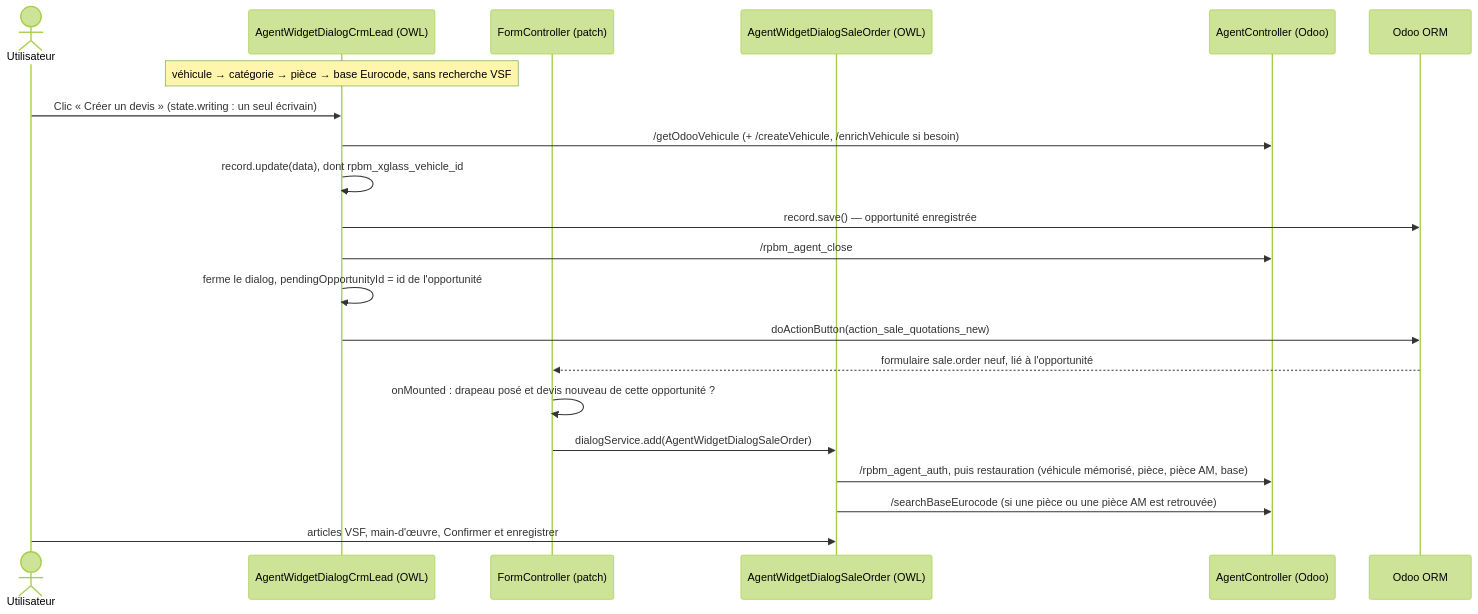
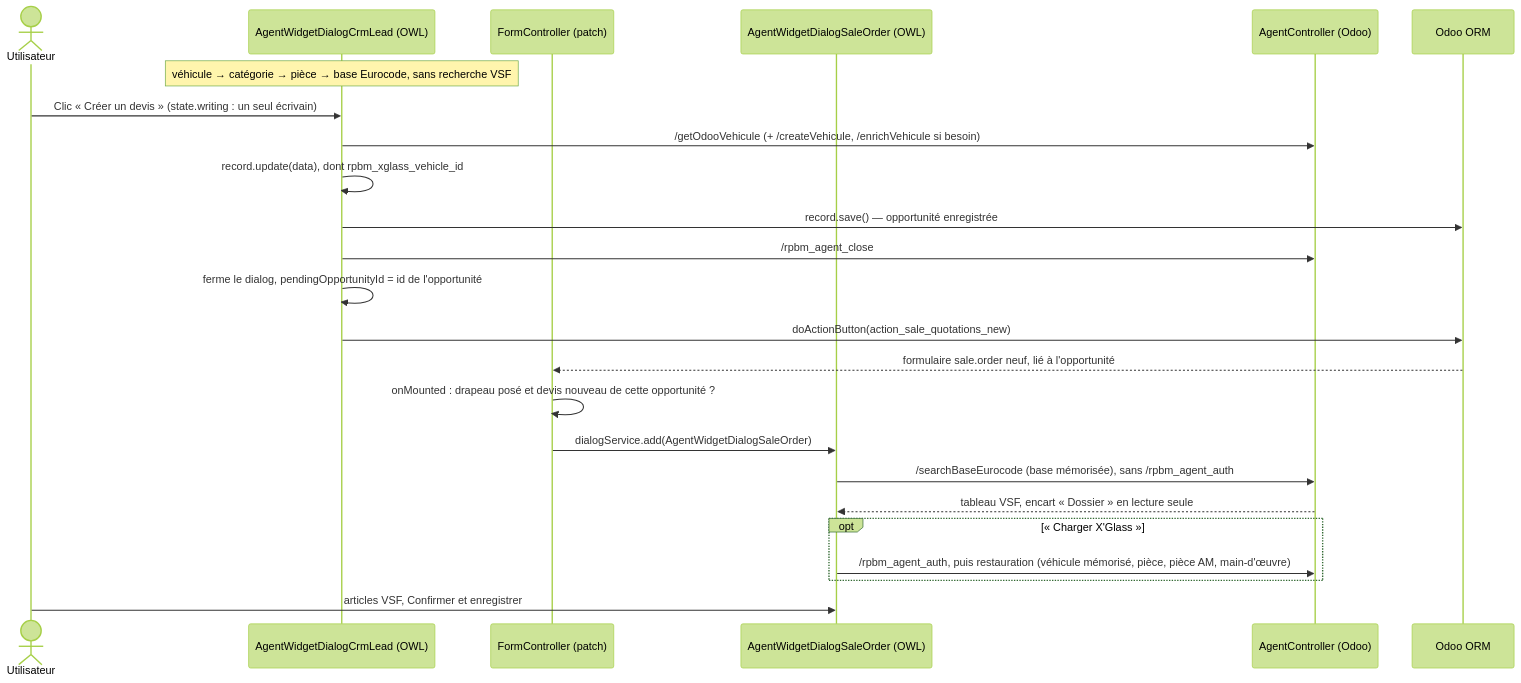
Before and after one commit to rpbmSdk/rpbm: the third of 3 diagrams in rpbm_agent/docs/technique/architecture.md, drawn with Mermaid (forest theme). The commit also changed other lines of this file and 15 other files, not shown here.

First line of the commit message:
docs(rpbm_agent): documenter le devis VSF d'abord et X'Glass a la demande (E2, 17.0.261006.2)

````diff
--- a/rpbm_agent/docs/technique/architecture.md
+++ b/rpbm_agent/docs/technique/architecture.md
@@ -124,24 +130,27 @@
 ```mermaid
 sequenceDiagram
     actor U as Utilisateur
     participant OPP as AgentWidgetDialogCrmLead (OWL)
     participant FC as FormController (patch)
     participant SO as AgentWidgetDialogSaleOrder (OWL)
     participant BE as AgentController (Odoo)
     participant ORM as Odoo ORM
 
     Note over OPP: véhicule → catégorie → pièce → base Eurocode, sans recherche VSF
     U->>OPP: Clic « Créer un devis » (state.writing : un seul écrivain)
     OPP->>BE: /getOdooVehicule (+ /createVehicule, /enrichVehicule si besoin)
     OPP->>OPP: record.update(data), dont rpbm_xglass_vehicle_id
     OPP->>ORM: record.save() — opportunité enregistrée
     OPP->>BE: /rpbm_agent_close
     OPP->>OPP: ferme le dialog, pendingOpportunityId = id de l'opportunité
     OPP->>ORM: doActionButton(action_sale_quotations_new)
     ORM-->>FC: formulaire sale.order neuf, lié à l'opportunité
     FC->>FC: onMounted : drapeau posé et devis nouveau de cette opportunité ?
     FC->>SO: dialogService.add(AgentWidgetDialogSaleOrder)
-    SO->>BE: /rpbm_agent_auth, puis restauration (véhicule mémorisé, pièce, pièce AM, base)
-    SO->>BE: /searchBaseEurocode (si une pièce ou une pièce AM est retrouvée)
-    U->>SO: articles VSF, main-d'œuvre, Confirmer et enregistrer
+    SO->>BE: /searchBaseEurocode (base mémorisée), sans /rpbm_agent_auth
+    BE-->>SO: tableau VSF, encart « Dossier » en lecture seule
+    opt « Charger X'Glass »
+        SO->>BE: /rpbm_agent_auth, puis restauration (véhicule mémorisé, pièce, pièce AM, main-d'œuvre)
+    end
+    U->>SO: articles VSF, Confirmer et enregistrer
 ```
````
